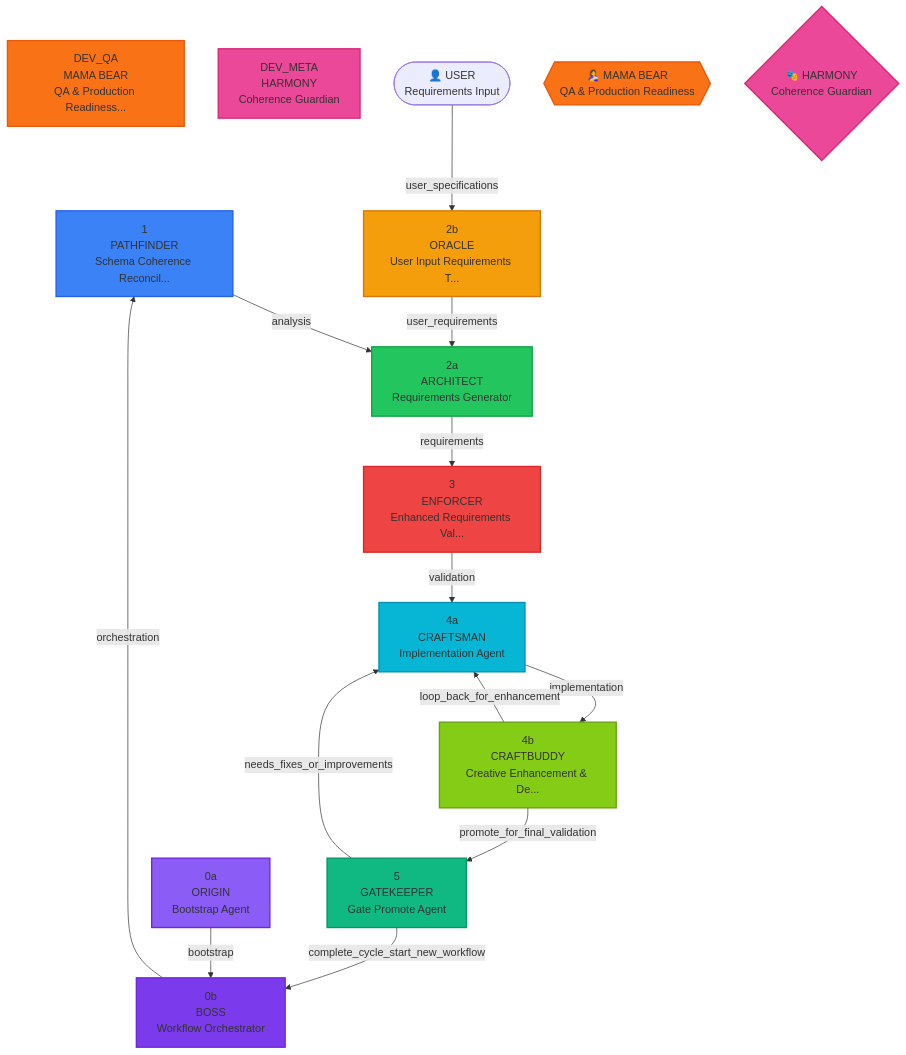
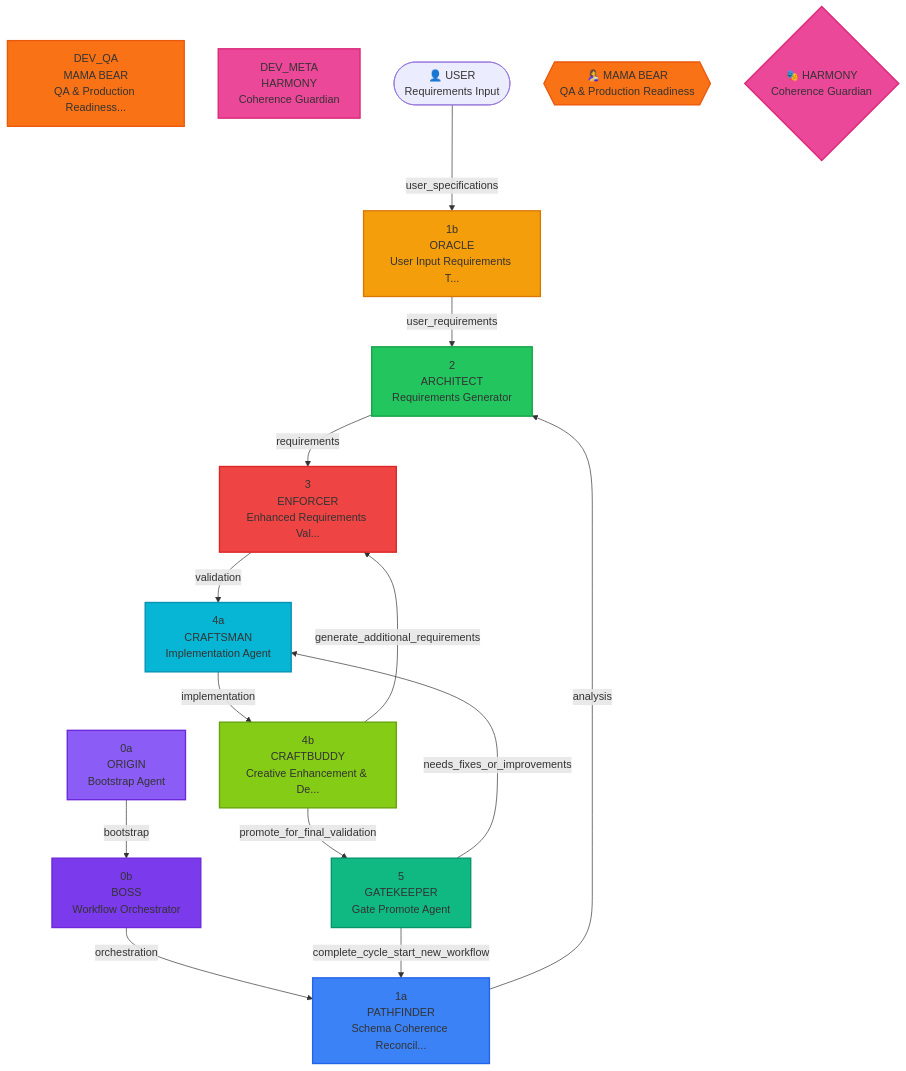
One commit to purfect-labs/warpcore changed the diagram in src/agency/agents/docs/warpcore_agent_flow.mermaid. Above: the diagram before and after it, drawn with Mermaid. The commit also changed 16 other files, not shown here.

First line of the commit message:
Refactor agent flow structure: rename files and fix routing

```diff
--- a/src/agency/agents/docs/warpcore_agent_flow.mermaid
+++ b/src/agency/agents/docs/warpcore_agent_flow.mermaid
@@ -1,57 +1,57 @@
 flowchart TD
     %% WARPCORE Agent Flow Configuration
     0a["0a<br/>ORIGIN<br/>Bootstrap Agent"]
     0b["0b<br/>BOSS<br/>Workflow Orchestrator"]
-    1["1<br/>PATHFINDER<br/>Schema Coherence Reconcil..."]
-    2b["2b<br/>ORACLE<br/>User Input Requirements T..."]
-    2a["2a<br/>ARCHITECT<br/>Requirements Generator"]
+    1a["1a<br/>PATHFINDER<br/>Schema Coherence Reconcil..."]
+    1b["1b<br/>ORACLE<br/>User Input Requirements T..."]
+    2["2<br/>ARCHITECT<br/>Requirements Generator"]
     3["3<br/>ENFORCER<br/>Enhanced Requirements Val..."]
     4a["4a<br/>CRAFTSMAN<br/>Implementation Agent"]
     4b["4b<br/>CRAFTBUDDY<br/>Creative Enhancement & De..."]
     5["5<br/>GATEKEEPER<br/>Gate Promote Agent"]
     DEV_QA["DEV_QA<br/>MAMA BEAR<br/>QA & Production Readiness..."]
     DEV_META["DEV_META<br/>HARMONY<br/>Coherence Guardian"]
     USER(["👤 USER<br/>Requirements Input"])
 
     %% Development Tools
     MAMA_BEAR{{🤱 MAMA BEAR<br/>QA & Production Readiness}}
     HARMONY{🎭 HARMONY<br/>Coherence Guardian}
     0a -->|"bootstrap"| 0b
-    0b -->|"orchestration"| 1
-    1 -->|"analysis"| 2a
-    2b -->|"user_requirements"| 2a
-    2a -->|"requirements"| 3
+    0b -->|"orchestration"| 1a
+    1a -->|"analysis"| 2
+    1b -->|"user_requirements"| 2
+    2 -->|"requirements"| 3
     3 -->|"validation"| 4a
     4a -->|"implementation"| 4b
-    4b -->|"loop_back_for_enhancement"| 4a
+    4b -->|"generate_additional_requirements"| 3
     4b -->|"promote_for_final_validation"| 5
     5 -->|"needs_fixes_or_improvements"| 4a
-    5 -->|"complete_cycle_start_new_workflow"| 0b
-    USER -->|"user_specifications"| 2b
+    5 -->|"complete_cycle_start_new_workflow"| 1a
+    USER -->|"user_specifications"| 1b
 
     %% Styling
     classDef origin fill:#8b5cf6,stroke:#6d28d9,stroke-width:2px
     classDef boss fill:#7c3aed,stroke:#6d28d9,stroke-width:2px
     classDef pathfinder fill:#3b82f6,stroke:#2563eb,stroke-width:2px
     classDef oracle fill:#f59e0b,stroke:#d97706,stroke-width:2px
     classDef architect fill:#22c55e,stroke:#16a34a,stroke-width:2px
     classDef enforcer fill:#ef4444,stroke:#dc2626,stroke-width:2px
     classDef craftsman fill:#06b6d4,stroke:#0891b2,stroke-width:2px
     classDef craftbuddy fill:#84cc16,stroke:#65a30d,stroke-width:2px
     classDef gatekeeper fill:#10b981,stroke:#059669,stroke-width:2px
     classDef complete fill:#22c55e,stroke:#16a34a,stroke-width:2px
     classDef mama_bear fill:#f97316,stroke:#ea580c,stroke-width:2px
     classDef harmony fill:#ec4899,stroke:#db2777,stroke-width:2px
     class 0a origin
     class 0b boss
-    class 1 pathfinder
-    class 2b oracle
-    class 2a architect
+    class 1a pathfinder
+    class 1b oracle
+    class 2 architect
     class 3 enforcer
     class 4a craftsman
     class 4b craftbuddy
     class 5 gatekeeper
     class DEV_QA mama_bear
     class DEV_META harmony
     class MAMA_BEAR mama_bear
     class HARMONY harmony
```
